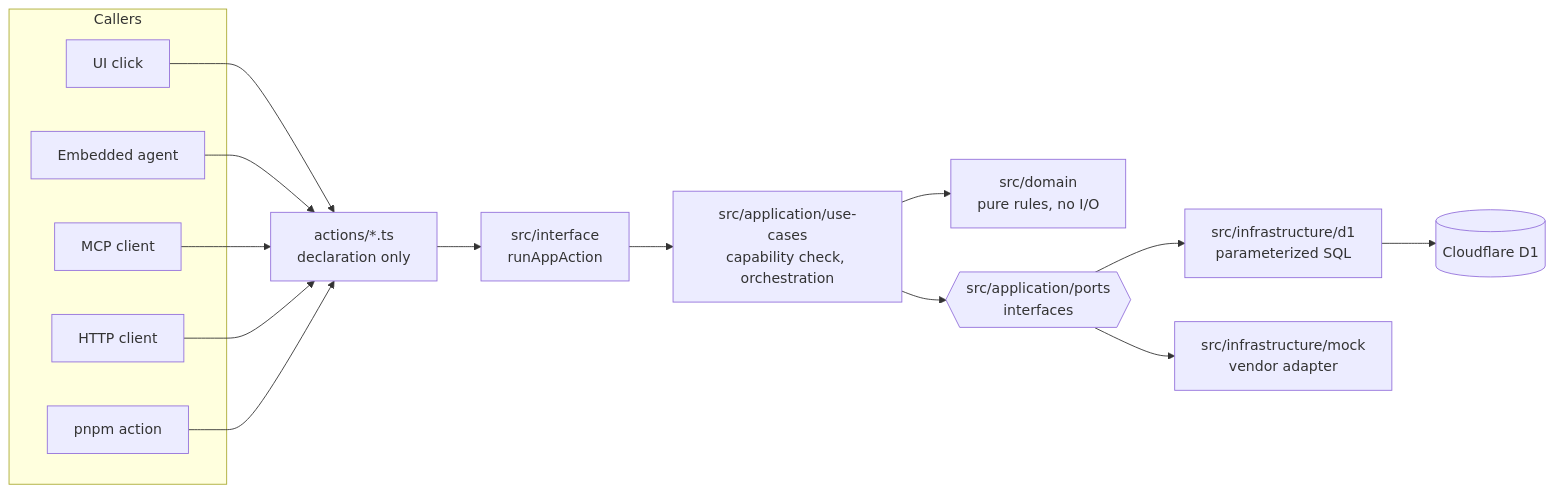
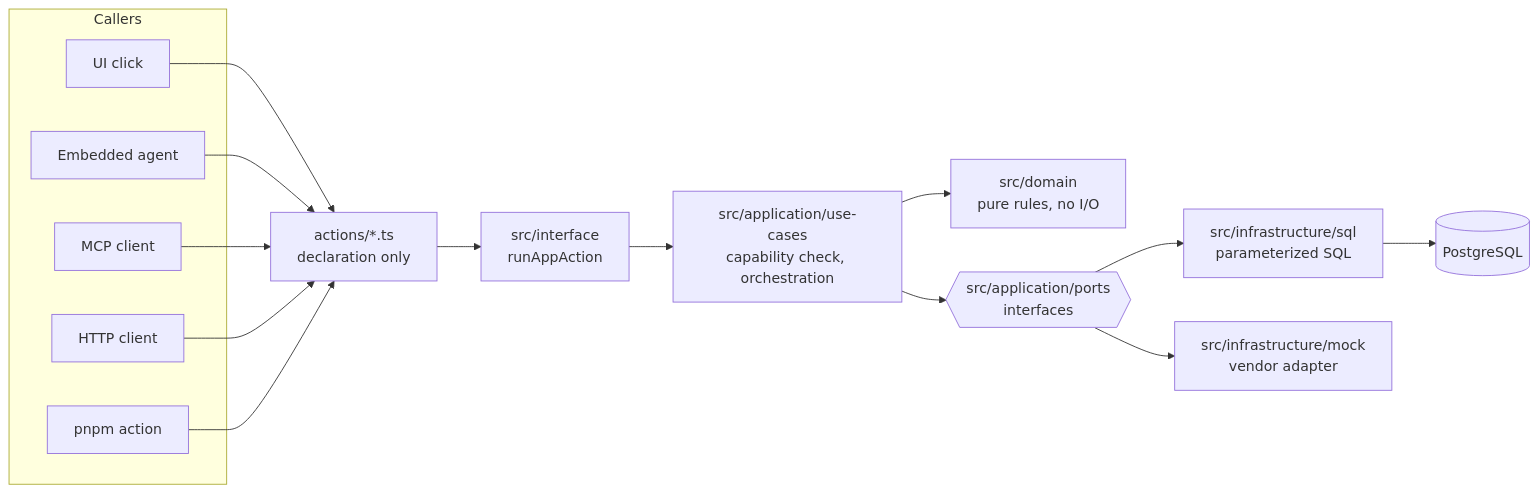
The diagram in README.md (anbergem/seating-arrangement), drawn with Mermaid before and after one commit. The commit also changed other lines of this file and 102 other files, not shown here.

````diff
--- a/README.md
+++ b/README.md
@@ -93,22 +96,22 @@
 ```mermaid
 flowchart LR
   subgraph Callers
     UI[UI click]
     AGENT[Embedded agent]
     MCP[MCP client]
     HTTP[HTTP client]
     CLI[pnpm action]
   end
   UI --> A
   AGENT --> A
   MCP --> A
   HTTP --> A
   CLI --> A
   A["actions/*.ts<br/>declaration only"] --> R["src/interface<br/>runAppAction"]
   R --> U["src/application/use-cases<br/>capability check, orchestration"]
   U --> D["src/domain<br/>pure rules, no I/O"]
   U --> P{{"src/application/ports<br/>interfaces"}}
-  P --> I["src/infrastructure/d1<br/>parameterized SQL"]
+  P --> I["src/infrastructure/sql<br/>parameterized SQL"]
   P --> X["src/infrastructure/mock<br/>vendor adapter"]
-  I --> DB[("Cloudflare D1")]
+  I --> DB[("PostgreSQL")]
 ```
````
